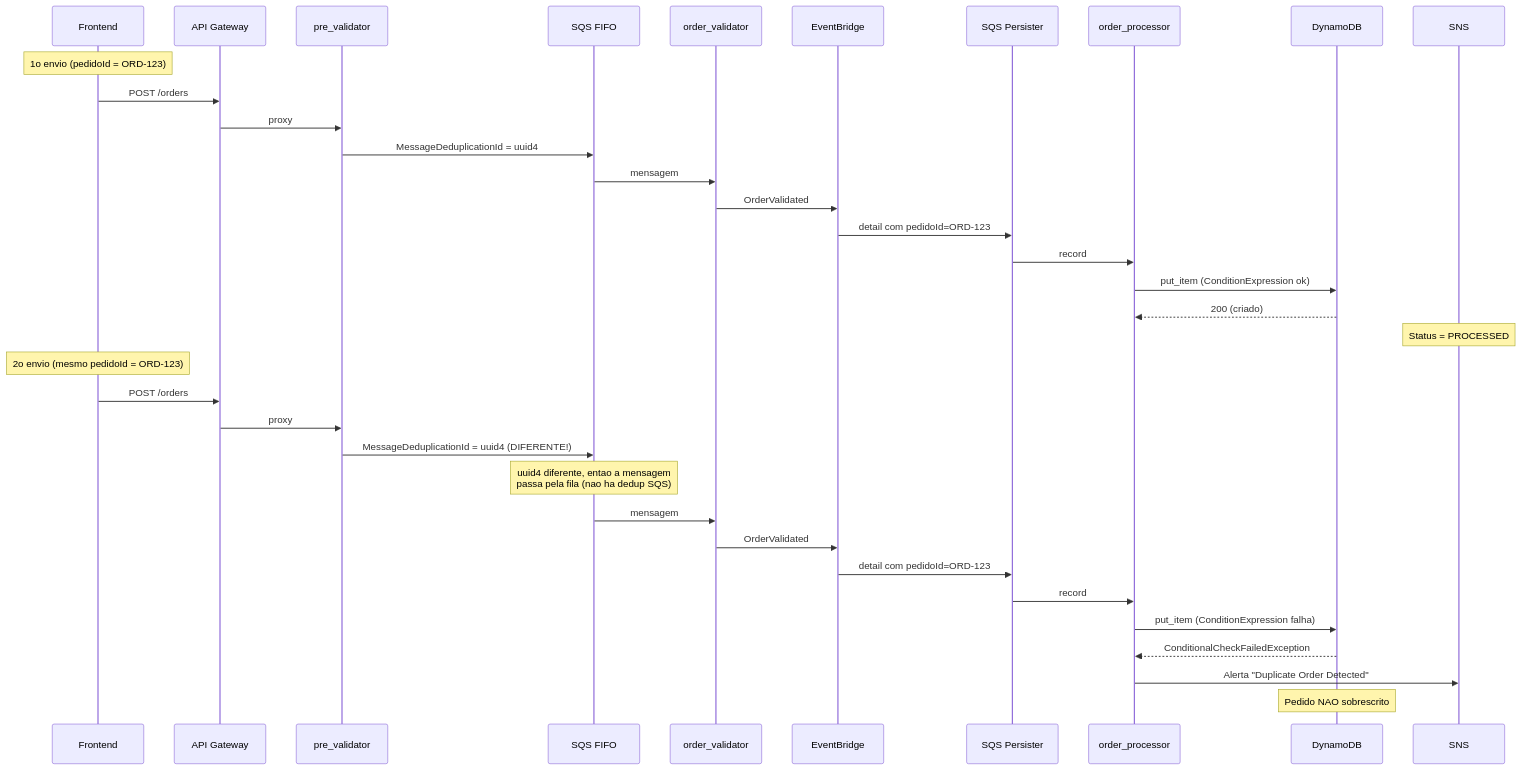
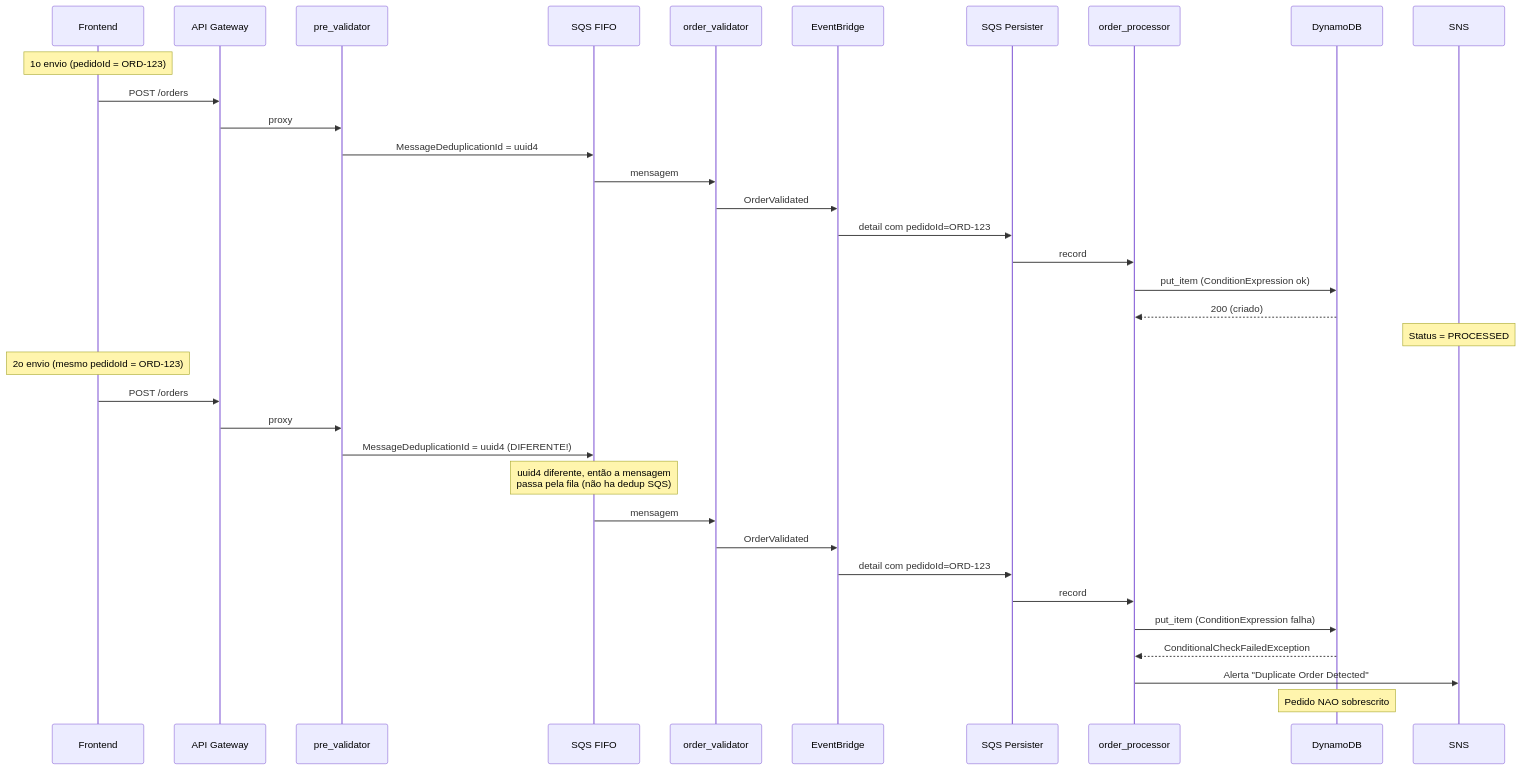
One commit to DessimA/aws-serverless-order-management changed the first of 6 diagrams in docs/CORRECOES.md. Above: the diagram before and after it, drawn with Mermaid. The commit also changed other lines of this file and 17 other files, not shown here.

Commit message:
docs: portfolio-oriented README, ARCHITECTURE.md, and PT-BR accent fixes

````diff
--- a/docs/CORRECOES.md
+++ b/docs/CORRECOES.md
@@ -293,39 +293,39 @@
 ```mermaid
 sequenceDiagram
     participant Frontend
     participant API as API Gateway
     participant Pre as pre_validator
     participant FIFO as SQS FIFO
     participant Val as order_validator
     participant EB as EventBridge
     participant SQS as SQS Persister
     participant OP as order_processor
     participant DDB as DynamoDB
     participant SNS
 
     Note over Frontend: 1o envio (pedidoId = ORD-123)
     Frontend->>API: POST /orders
     API->>Pre: proxy
     Pre->>FIFO: MessageDeduplicationId = uuid4
     FIFO->>Val: mensagem
     Val->>EB: OrderValidated
     EB->>SQS: detail com pedidoId=ORD-123
     SQS->>OP: record
     OP->>DDB: put_item (ConditionExpression ok)
     DDB-->>OP: 200 (criado)
     Note over SNS: Status = PROCESSED
 
     Note over Frontend: 2o envio (mesmo pedidoId = ORD-123)
     Frontend->>API: POST /orders
     API->>Pre: proxy
     Pre->>FIFO: MessageDeduplicationId = uuid4 (DIFERENTE!)
-    Note over FIFO: uuid4 diferente, entao a mensagem<br/>passa pela fila (nao ha dedup SQS)
+    Note over FIFO: uuid4 diferente, então a mensagem<br/>passa pela fila (não ha dedup SQS)
     FIFO->>Val: mensagem
     Val->>EB: OrderValidated
     EB->>SQS: detail com pedidoId=ORD-123
     SQS->>OP: record
     OP->>DDB: put_item (ConditionExpression falha)
     DDB-->>OP: ConditionalCheckFailedException
     OP->>SNS: Alerta "Duplicate Order Detected"
     Note over DDB: Pedido NAO sobrescrito
 ```
````
